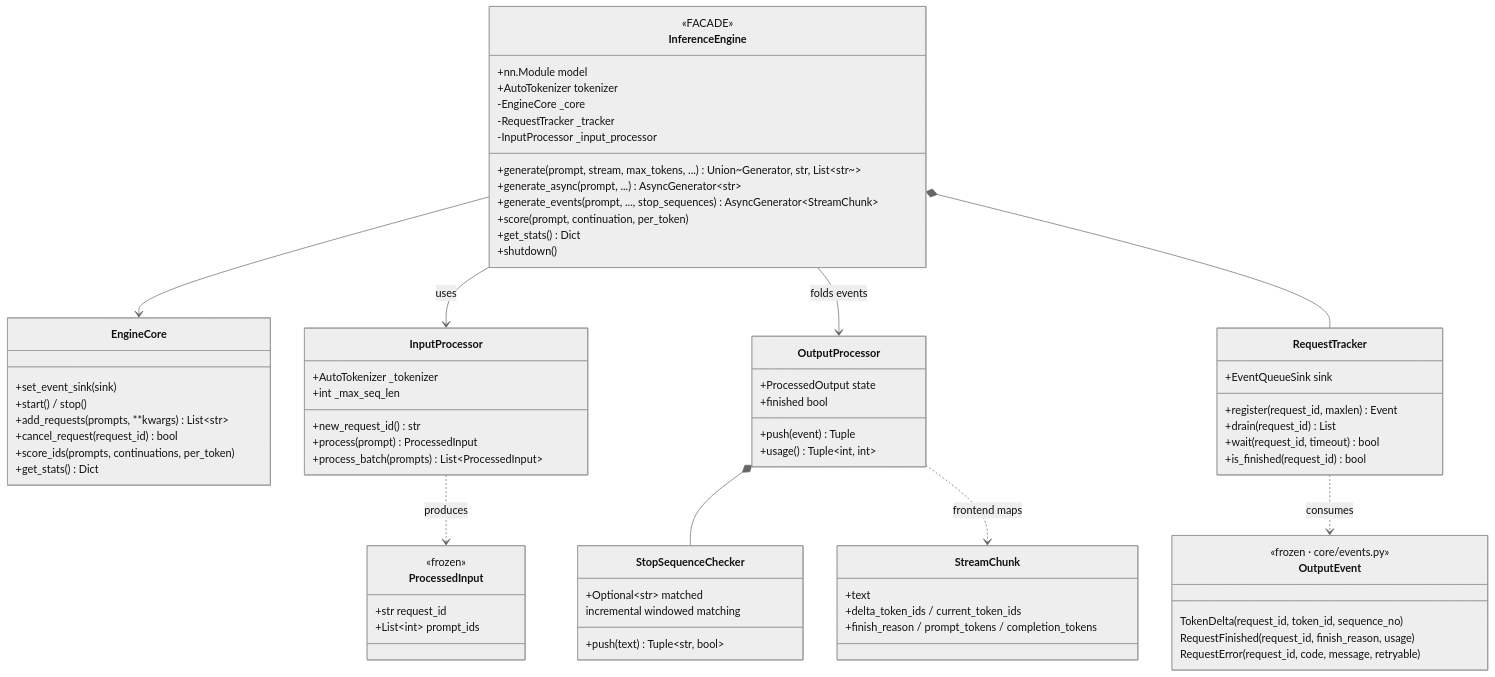
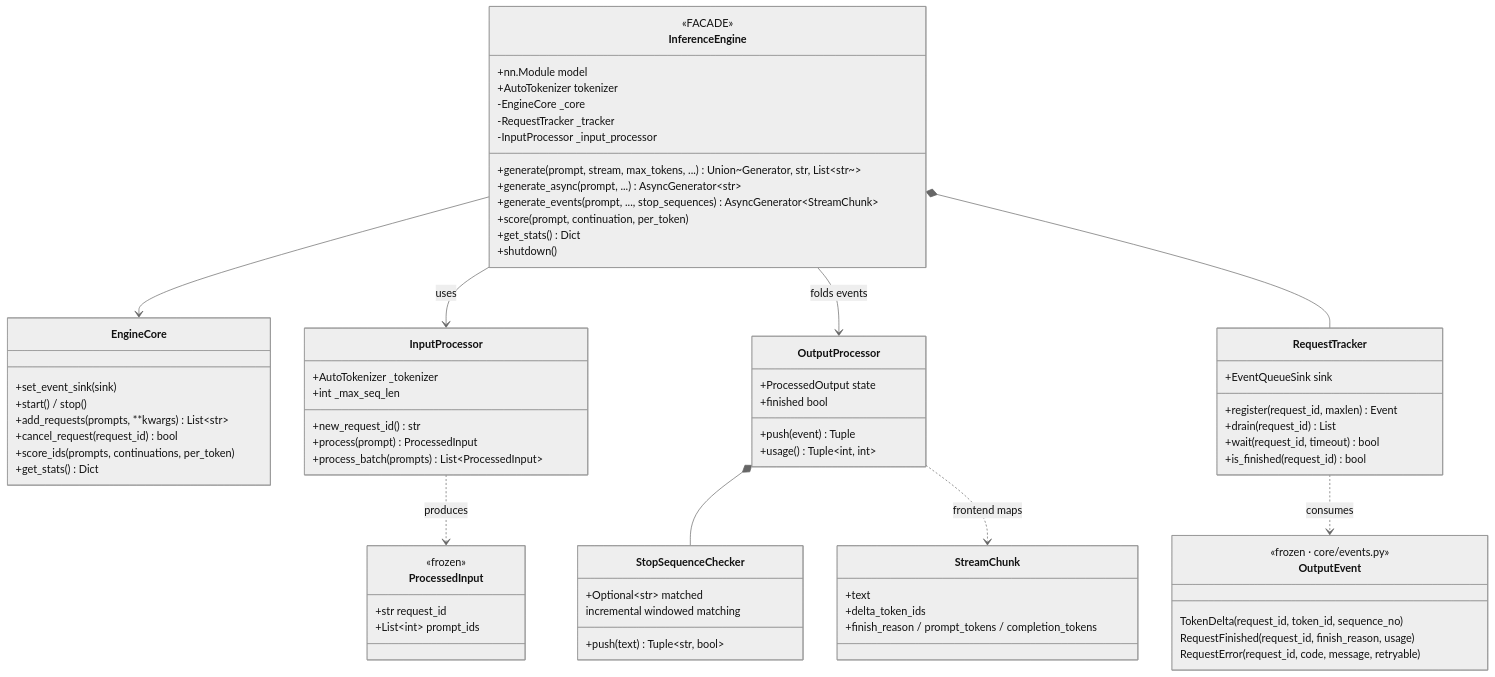
The diagram in docs/developer/inference/frontend.md (ViperEkura/AstrAI), drawn with Mermaid (neutral theme) before and after one commit. The commit also changed other lines of this file and 14 other files, not shown here.

````diff
--- a/docs/developer/inference/frontend.md
+++ b/docs/developer/inference/frontend.md
@@ -13,76 +13,76 @@
 ```mermaid
 classDiagram
     direction TB
     class InferenceEngine {
         <<FACADE>>
         +nn.Module model
         +AutoTokenizer tokenizer
         -EngineCore _core
         -RequestTracker _tracker
         -InputProcessor _input_processor
         +generate(prompt, stream, max_tokens, ...) Union~Generator, str, List~str~~
         +generate_async(prompt, ...) AsyncGenerator~str~
         +generate_events(prompt, ..., stop_sequences) AsyncGenerator~StreamChunk~
         +score(prompt, continuation, per_token)
         +get_stats() Dict
         +shutdown()
     }
     class EngineCore {
         +set_event_sink(sink)
         +start() / stop()
         +add_requests(prompts, **kwargs) List~str~
         +cancel_request(request_id) bool
         +score_ids(prompts, continuations, per_token)
         +get_stats() Dict
     }
     class InputProcessor {
         +AutoTokenizer _tokenizer
         +int _max_seq_len
         +new_request_id() str
         +process(prompt) ProcessedInput
         +process_batch(prompts) List~ProcessedInput~
     }
     class ProcessedInput {
         <<frozen>>
         +str request_id
         +List~int~ prompt_ids
     }
     class OutputProcessor {
         +ProcessedOutput state
         +push(event) Tuple
         +usage() Tuple~int, int~
         +finished bool
     }
     class StopSequenceChecker {
         +Optional~str~ matched
         +push(text) Tuple~str, bool~
         incremental windowed matching
     }
     class RequestTracker {
         +EventQueueSink sink
         +register(request_id, maxlen) Event
         +drain(request_id) List
         +wait(request_id, timeout) bool
         +is_finished(request_id) bool
     }
     class OutputEvent {
         <<frozen · core/events.py>>
         TokenDelta(request_id, token_id, sequence_no)
         RequestFinished(request_id, finish_reason, usage)
         RequestError(request_id, code, message, retryable)
     }
     class StreamChunk {
         +text
-        +delta_token_ids / current_token_ids
+        +delta_token_ids
         +finish_reason / prompt_tokens / completion_tokens
     }
 
     InferenceEngine --> EngineCore
     InferenceEngine --> InputProcessor : uses
     InferenceEngine --> OutputProcessor : folds events
     InferenceEngine *-- RequestTracker
     InputProcessor ..> ProcessedInput : produces
     OutputProcessor *-- StopSequenceChecker
     RequestTracker ..> OutputEvent : consumes
     OutputProcessor ..> StreamChunk : frontend maps
 ```
````
